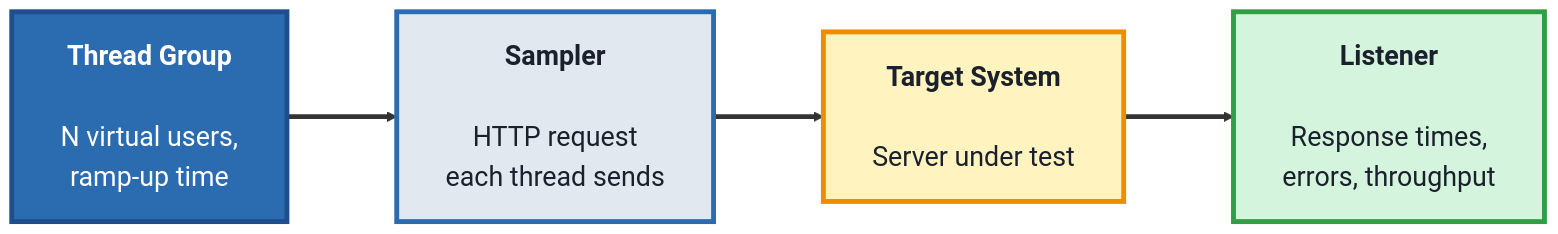
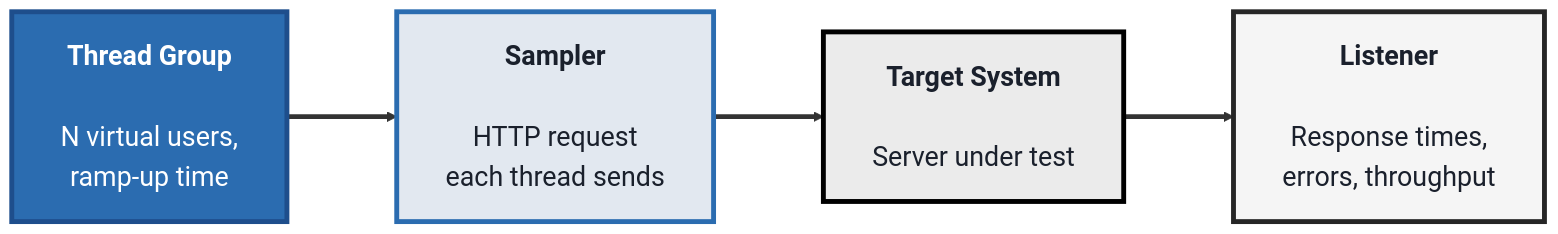
One commit to SHEMODELTECH/shemodeltech changed the first of 3 diagrams in src/Pages/courses/TechQA/module-5-performance-testing.md. Above: the diagram before and after it, drawn with Mermaid. The commit also changed other lines of this file and 46 other files, not shown here.

````diff
--- a/src/Pages/courses/TechQA/module-5-performance-testing.md
+++ b/src/Pages/courses/TechQA/module-5-performance-testing.md
@@ -19,16 +19,16 @@
 ```mermaid
 %%{init: {'theme':'base', 'themeVariables': {'fontSize':'22px', 'primaryTextColor':'#1a202c', 'primaryBorderColor':'#1e4e8c', 'lineColor':'#333333'}, 'flowchart': {'nodeSpacing': 70, 'rankSpacing': 90, 'padding': 20}}}%%
 flowchart LR
     TG["<b>Thread Group</b><br/><br/>N virtual users,<br/>ramp-up time"]
     S["<b>Sampler</b><br/><br/>HTTP request<br/>each thread sends"]
     TGT["<b>Target System</b><br/><br/>Server under test"]
     L["<b>Listener</b><br/><br/>Response times,<br/>errors, throughput"]
 
     TG ==> S ==> TGT ==> L
 
     style TG fill:#2b6cb0,color:#fff,stroke:#1e4e8c,stroke-width:4px
     style S fill:#e2e8f0,color:#1a202c,stroke:#2b6cb0,stroke-width:4px
-    style TGT fill:#fff3bf,color:#1a202c,stroke:#f08c00,stroke-width:4px
-    style L fill:#d4f4dd,color:#1a202c,stroke:#2f9e44,stroke-width:4px
+    style TGT fill:#EBEBEB,color:#1a202c,stroke:#000000,stroke-width:4px
+    style L fill:#F5F5F5,color:#1a202c,stroke:#262626,stroke-width:4px
     linkStyle default stroke-width:4px,stroke:#333333
 ```
````
